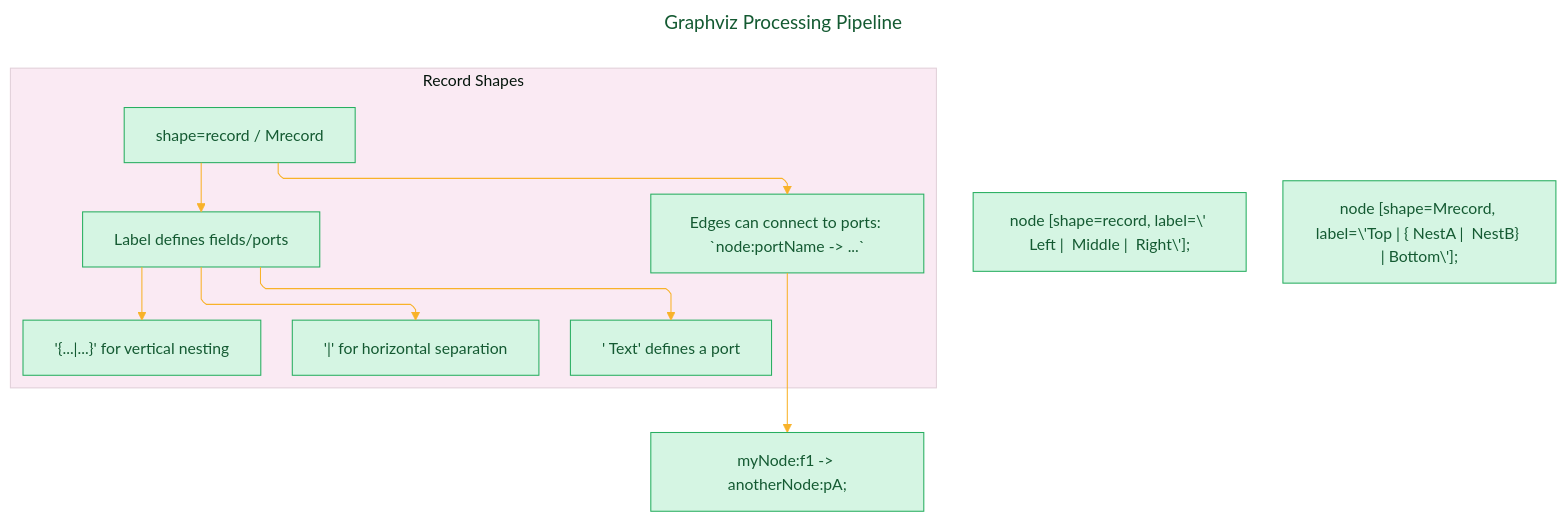
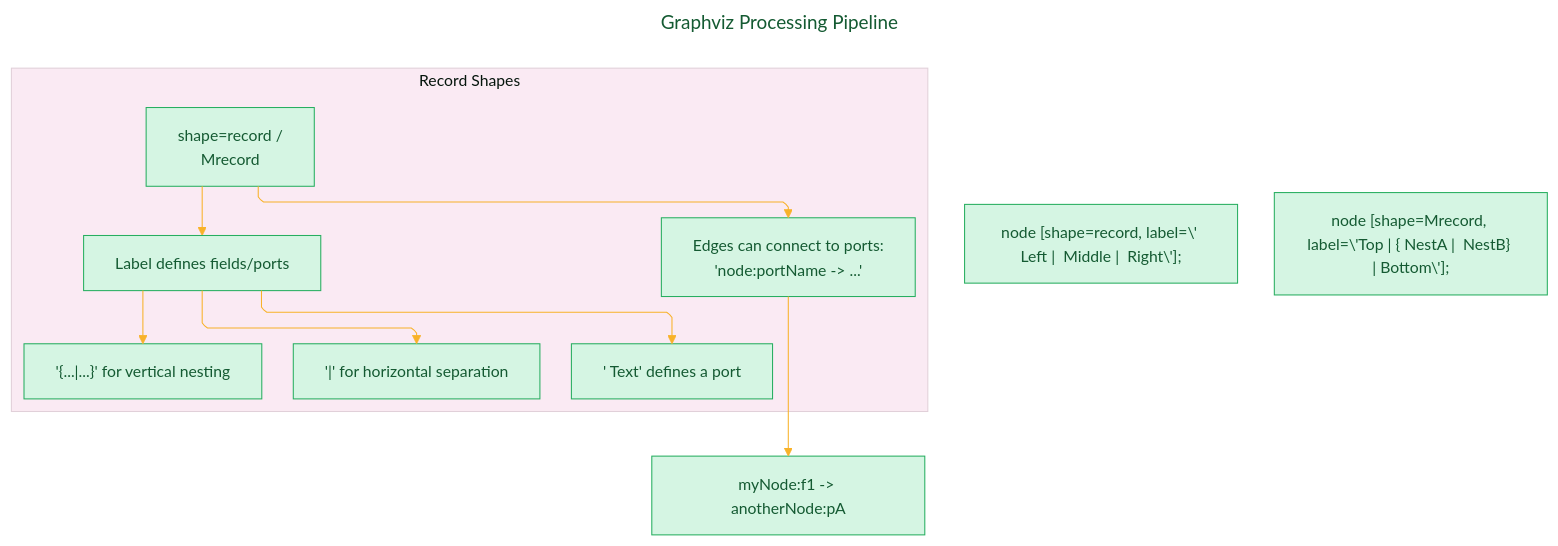
Before and after one commit to CongLeSolutionX/The-Language-Atlas: the second of 6 diagrams in regions/DOT_language/PART_1/05_Advanced_Features_Syntax.md, drawn with Mermaid. The commit also changed other lines of this file and 2 other files, not shown here.

````diff
--- a/regions/DOT_language/PART_1/05_Advanced_Features_Syntax.md
+++ b/regions/DOT_language/PART_1/05_Advanced_Features_Syntax.md
@@ -64,42 +64,42 @@
 ```mermaid
 ---
 title: "Graphviz Processing Pipeline"
 author: "Cong Le"
 version: "1.0"
 license(s): "MIT, CC BY 4.0"
 copyright: "Copyright (c) 2025 Cong Le. All Rights Reserved."
 config:
   layout: elk
   theme: base
 ---
 %%%%%%%% Mermaid version v11.4.1-b.14
 %%%%%%%% Available curve styles include the following keywords:
 %% basis, bumpX, bumpY, cardinal, catmullRom, linear, monotoneX, monotoneY, natural, step, stepAfter, stepBefore.
 %%{
   init: {
     'flowchart': { 'htmlLabels': true, 'curve': 'linear' },
     'fontFamily': 'Monaco',
     'themeVariables': {
       'primaryColor': '#D5F5E3',
       'primaryTextColor': '#145A32',
       'lineColor': '#F8B229',
       'primaryBorderColor': '#27AE60',
       'secondaryColor': '#EBDEF0',
       'secondaryTextColor': '#6C3483',
       'secondaryBorderColor': '#A569BD',
       'fontSize': '15px'
     }
   }
 }%%
 graph TD
-    subgraph "Record Shapes"
-        RS["shape=record / Mrecord"] --> RSL["Label defines fields/ports"]
+    subgraph Record_Shapes["Record Shapes"]
+        RS["shape=record /<br/> Mrecord"] --> RSL["Label defines fields/ports"]
         RSL --> RSH["'|' for horizontal separation"]
         RSL --> RSV["'{...|...}' for vertical nesting"]
         RSL --> RSP["'<portName> Text' defines a port"]
-        RS --> RSE["Edges can connect to ports: `node:portName -> ...`"]
+        RS --> RSE["Edges can connect to ports:<br/> 'node:portName -> ...'"]
     end
     R1["node [shape=record, label=\'<f0> Left | <f1> Middle | <f2> Right\'];"]
     R2["node [shape=Mrecord, label=\'Top | {<pA> NestA | <pB> NestB} | Bottom\'];"]
-    RSE --> ExR["myNode:f1 -> anotherNode:pA;"]
+    RSE --> ExR["myNode:f1 -> anotherNode:pA"]
 ```
````
